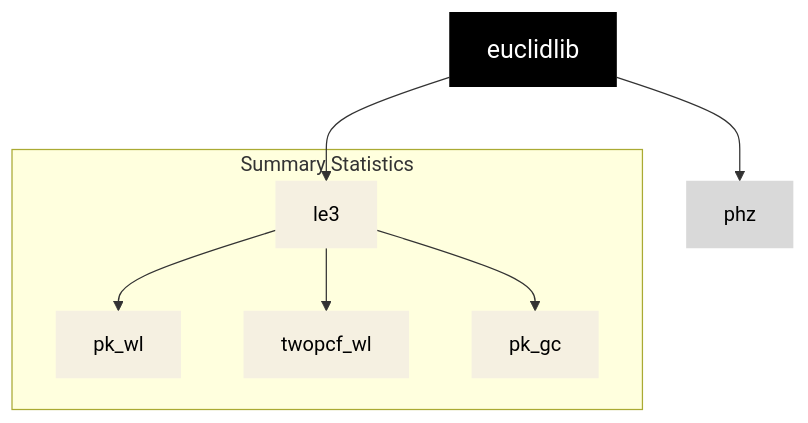
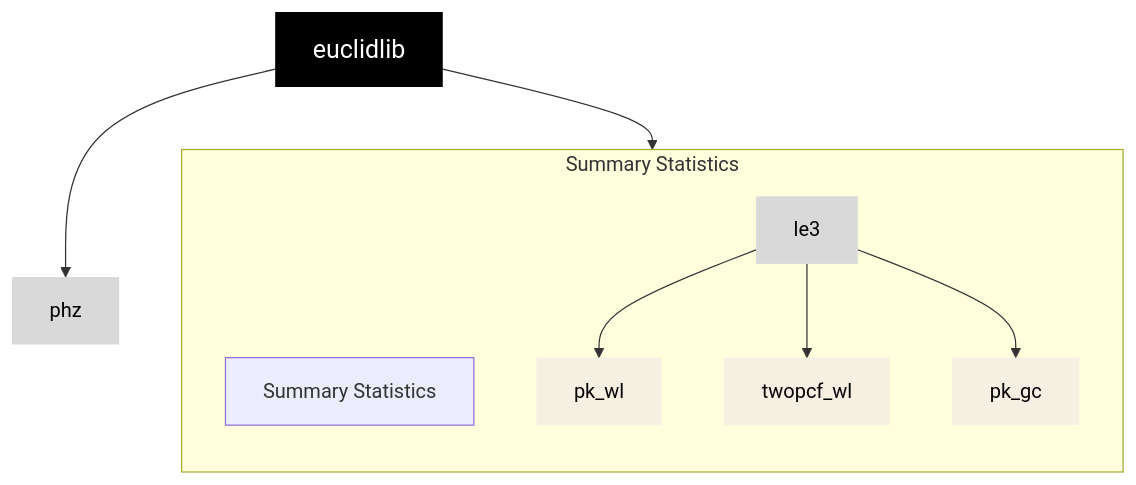
One commit to euclidlib/euclidlib changed the diagram in README.md. Above: the diagram before and after it, drawn with Mermaid.

Commit message:
change graph colour palette

````diff
--- a/README.md
+++ b/README.md
@@ -44,29 +44,32 @@
 ```mermaid
 graph TD
     %% Node styles
     classDef core fill:#000000,stroke:none,color:#ffffff,font-size:20px,rounded-corners:10px;
     classDef module fill:#f5f0e1,stroke:none,color:#000000,font-size:16px,rounded-corners:10px; %% pastel beige
     classDef data fill:#d9d9d9,stroke:none,color:#000000,font-size:16px,rounded-corners:10px; %% grey
 
     %% Core
     EUCLIDLIB[euclidlib]:::core
 
-    %% Summary Statistics
+    %% Summary Statistics label top-left
     subgraph "Summary Statistics"
-        LE3[le3]:::module
+        direction TB
+        LABEL["Summary Statistics"]
+        LE3[le3]:::data
         PKWL[pk_wl]:::module
         TWOPCF[twopcf_wl]:::module
         PKGC[pk_gc]:::module
     end
 
     %% Photometry
     PHZ[phz]:::data
 
     %% Connections
     EUCLIDLIB --> LE3
     EUCLIDLIB --> PHZ
 
     LE3 --> PKWL
     LE3 --> TWOPCF
     LE3 --> PKGC
+
 ```
````
